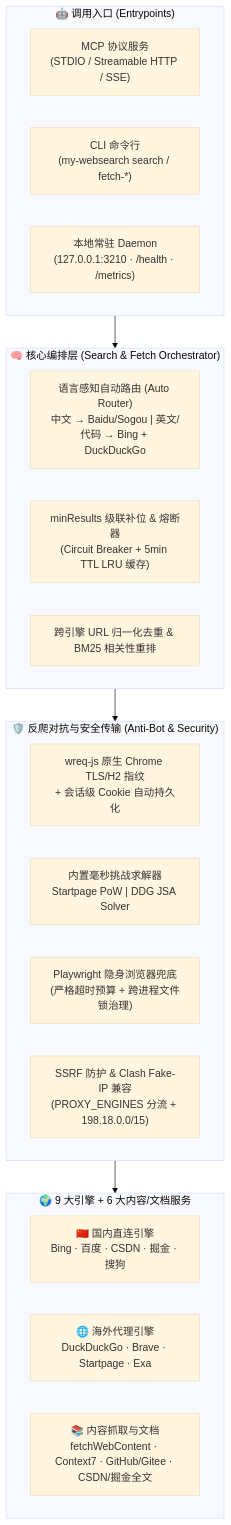
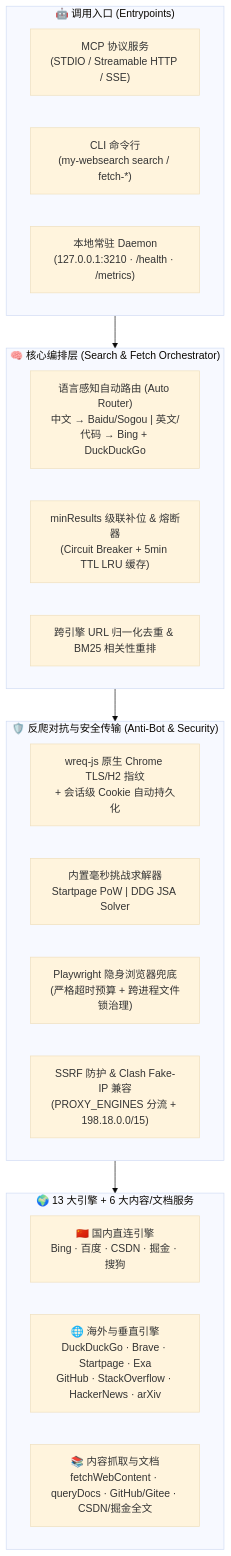
One commit to wtznicy/my-websearch changed the diagram in README-zh.md. Above: the diagram before and after it, drawn with Mermaid (base theme). The commit also changed other lines of this file and 31 other files, not shown here.

````diff
--- a/README-zh.md
+++ b/README-zh.md
@@ -45,31 +47,31 @@
 ```mermaid
 flowchart TB
     subgraph Clients["🤖 调用入口 (Entrypoints)"]
         MCP["MCP 协议服务<br/>(STDIO / Streamable HTTP / SSE)"]
         CLI["CLI 命令行<br/>(my-websearch search / fetch-*)"]
         Daemon["本地常驻 Daemon<br/>(127.0.0.1:3210 · /health · /metrics)"]
     end
 
     subgraph Core["🧠 核心编排层 (Search & Fetch Orchestrator)"]
         Router["语言感知自动路由 (Auto Router)<br/>中文 → Baidu/Sogou | 英文/代码 → Bing + DuckDuckGo"]
         Cascade["minResults 级联补位 & 熔断器<br/>(Circuit Breaker + 5min TTL LRU 缓存)"]
         Ranker["跨引擎 URL 归一化去重 & BM25 相关性重排"]
     end
 
     subgraph Transport["🛡️ 反爬对抗与安全传输 (Anti-Bot & Security)"]
         Wreq["wreq-js 原生 Chrome TLS/H2 指纹<br/>+ 会话级 Cookie 自动持久化"]
         Solvers["内置毫秒挑战求解器<br/>Startpage PoW | DDG JSA Solver"]
         PW["Playwright 隐身浏览器兜底<br/>(严格超时预算 + 跨进程文件锁治理)"]
         Guard["SSRF 防护 & Clash Fake-IP 兼容<br/>(PROXY_ENGINES 分流 + 198.18.0.0/15)"]
     end
 
-    subgraph Engines["🌍 9 大引擎 + 6 大内容/文档服务"]
+    subgraph Engines["🌍 13 大引擎 + 6 大内容/文档服务"]
         CN["🇨🇳 国内直连引擎<br/>Bing · 百度 · CSDN · 掘金 · 搜狗"]
-        INTL["🌐 海外代理引擎<br/>DuckDuckGo · Brave · Startpage · Exa"]
-        Docs["📚 内容抓取与文档<br/>fetchWebContent · Context7 · GitHub/Gitee · CSDN/掘金全文"]
+        INTL["🌐 海外与垂直引擎<br/>DuckDuckGo · Brave · Startpage · Exa<br/>GitHub · StackOverflow · HackerNews · arXiv"]
+        Docs["📚 内容抓取与文档<br/>fetchWebContent · queryDocs · GitHub/Gitee · CSDN/掘金全文"]
     end
 
     Clients --> Core
     Core --> Transport
     Transport --> Engines
 ```
````
